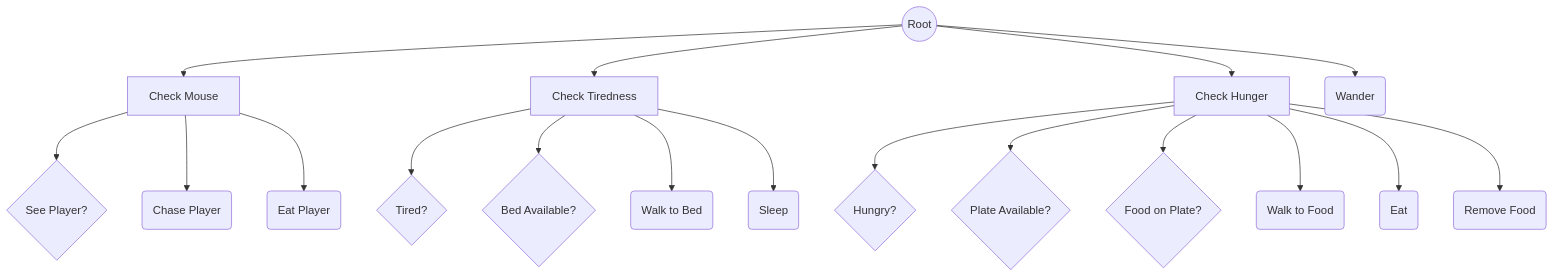
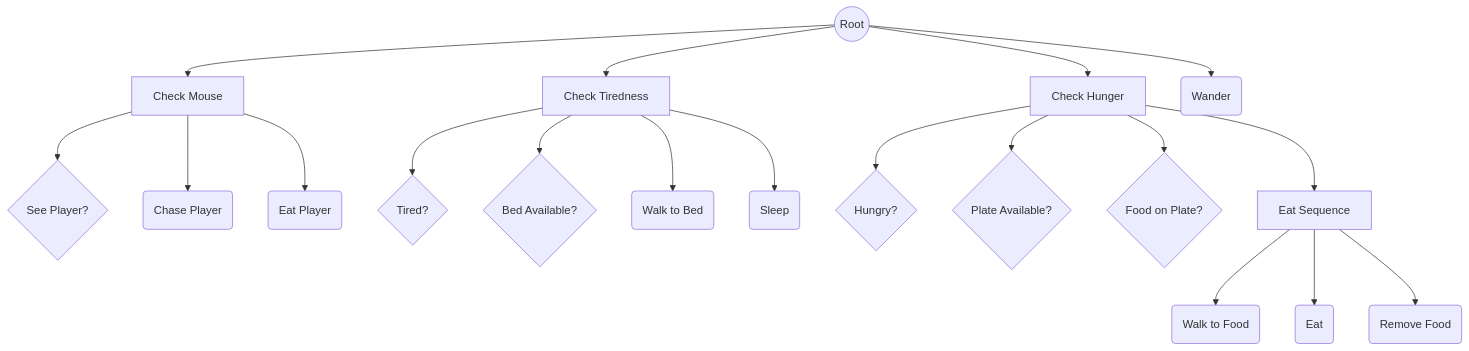
The diagram in behavior-tree/TREE.md (rasmussvala/TDDD23-Cheddar-Chase), drawn with Mermaid before and after one commit.

Commit message:
Added eating sequence

````diff
--- a/behavior-tree/TREE.md
+++ b/behavior-tree/TREE.md
@@ -1,23 +1,26 @@
 ```mermaid
 graph TD
 	A((Root)) --> B[Check Mouse]
 	A --> C[Check Tiredness]
 	A --> D[Check Hunger]
 	A --> E(Wander)
 
 	B --> F{See Player?}
 	B --> G(Chase Player)
 	B --> H(Eat Player)
 
 	C --> I{Tired?}
 	C --> J{Bed Available?}
 	C --> K(Walk to Bed)
 	C --> L(Sleep)
 
 	D --> M{Hungry?}
 	D --> N{Plate Available?}
 	D --> O{Food on Plate?}
-	D --> P(Walk to Food)
-	D --> Q(Eat)
-	D --> R(Remove Food)
+
+	D --> P[Eat Sequence]
+
+	P --> Q(Walk to Food)
+	P --> R(Eat)
+	P --> S(Remove Food)
 ```
````
